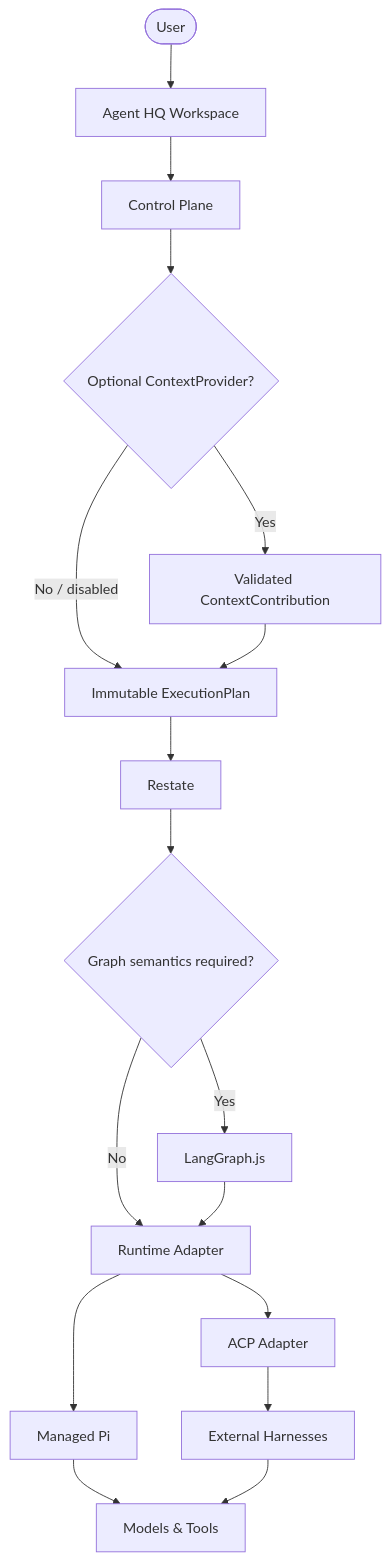
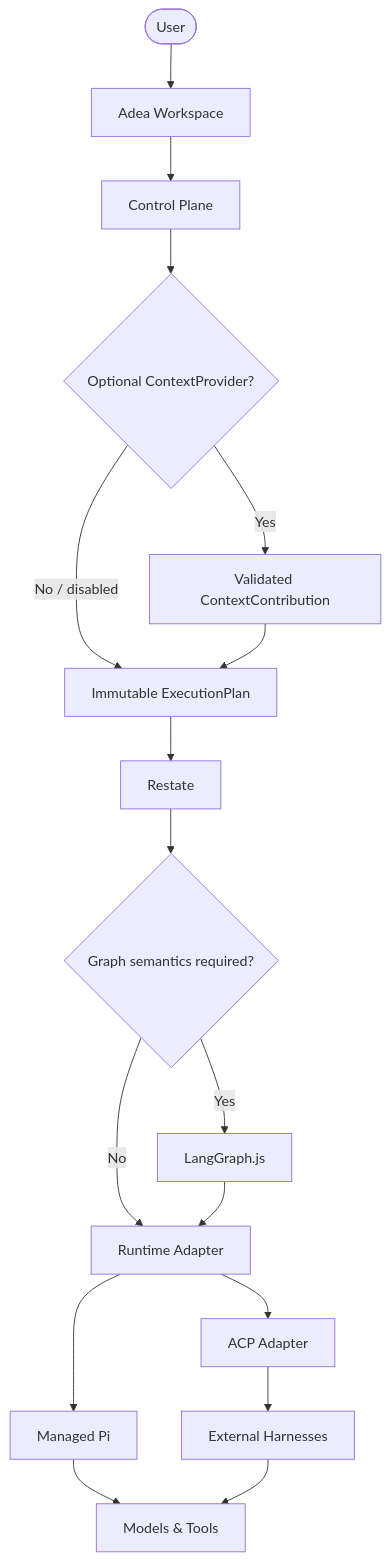
The first of 18 diagrams in docs/architecture/diagram-sources.md (adea-ai/adea), drawn with Mermaid before and after one commit. The commit also changed other lines of this file and 72 other files, not shown here.

Commit message:
chore(brand): rename user-visible Agent HQ strings to Adea (#257)

````diff
--- a/docs/architecture/diagram-sources.md
+++ b/docs/architecture/diagram-sources.md
@@ -20,19 +20,19 @@
 ```mermaid
 flowchart TB
-    U([User]) --> HQ[Agent HQ Workspace]
+    U([User]) --> HQ[Adea Workspace]
     HQ --> CP[Control Plane]
     CP --> CPO{Optional ContextProvider?}
     CPO -->|No / disabled| EP[Immutable ExecutionPlan]
     CPO -->|Yes| CXT[Validated ContextContribution]
     CXT --> EP
     EP --> TW[Restate]
     TW --> D{Graph semantics required?}
     D -->|No| RA[Runtime Adapter]
     D -->|Yes| LG[LangGraph.js]
     LG --> RA
     RA --> PI[Managed Pi]
     RA --> ACP[ACP Adapter]
     ACP --> EXT[External Harnesses]
     PI --> MT[Models & Tools]
     EXT --> MT
 ```
````
